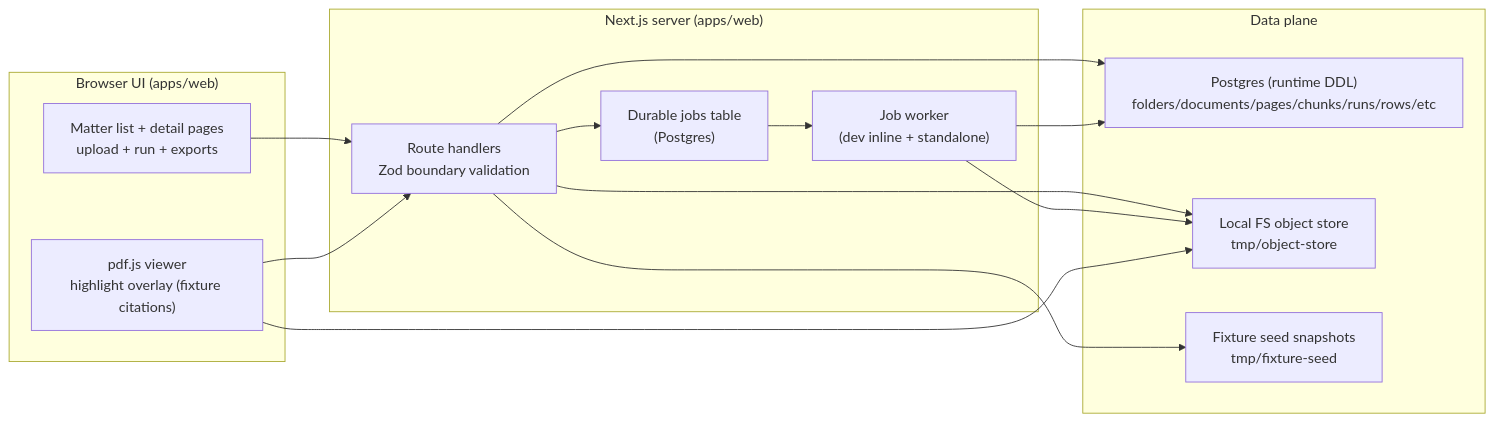
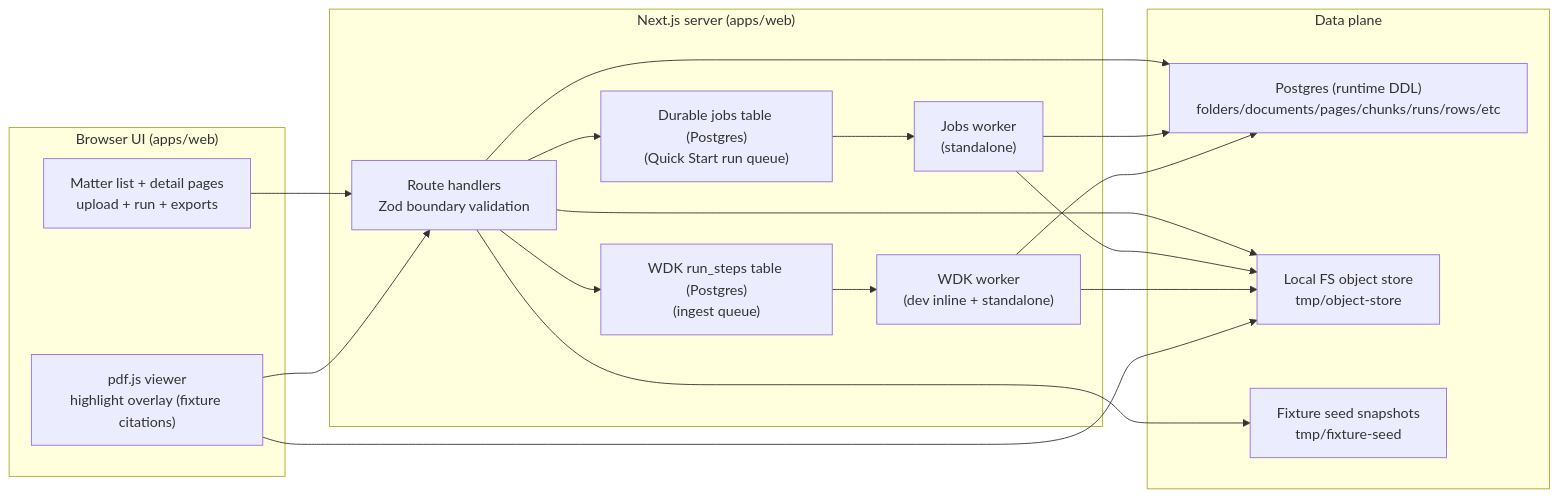
The diagram in docs/03-architecture/07_current_poc_runtime.md (marchatton/legaltech-poc), drawn with Mermaid before and after one commit. The commit also changed other lines of this file and 7 other files, not shown here.

First line of the commit message:
refactor(ingest): retire legacy jobs ingest path

````diff
--- a/docs/03-architecture/07_current_poc_runtime.md
+++ b/docs/03-architecture/07_current_poc_runtime.md
@@ -21,38 +23,46 @@
 ```mermaid
 flowchart LR
   subgraph FE["Browser UI (apps/web)"]
     UI["Matter list + detail pages
 upload + run + exports"]
     PDFV["pdf.js viewer
 highlight overlay (fixture citations)"]
   end
 
   subgraph WEB["Next.js server (apps/web)"]
     API["Route handlers
 Zod boundary validation"]
-    JOBS["Durable jobs table
-(Postgres)"]
-    WKR["Job worker
+    JOBS["Durable jobs table (Postgres)
+(Quick Start run queue)"]
+    WDKQ["WDK run_steps table (Postgres)
+(ingest queue)"]
+    WKR["Jobs worker
+(standalone)"]
+    WDKWKR["WDK worker
 (dev inline + standalone)"]
   end
 
   subgraph DATA["Data plane"]
     PG["Postgres (runtime DDL)
 folders/documents/pages/chunks/runs/rows/etc"]
     FS["Local FS object store
 tmp/object-store"]
     SEED["Fixture seed snapshots
 tmp/fixture-seed"]
   end
 
   UI --> API
   API --> PG
   API --> FS
   API --> JOBS
   JOBS --> WKR
+  API --> WDKQ
+  WDKQ --> WDKWKR
   WKR --> PG
   WKR --> FS
+  WDKWKR --> PG
+  WDKWKR --> FS
   API --> SEED
   PDFV --> API
   PDFV --> FS
 ```
````
